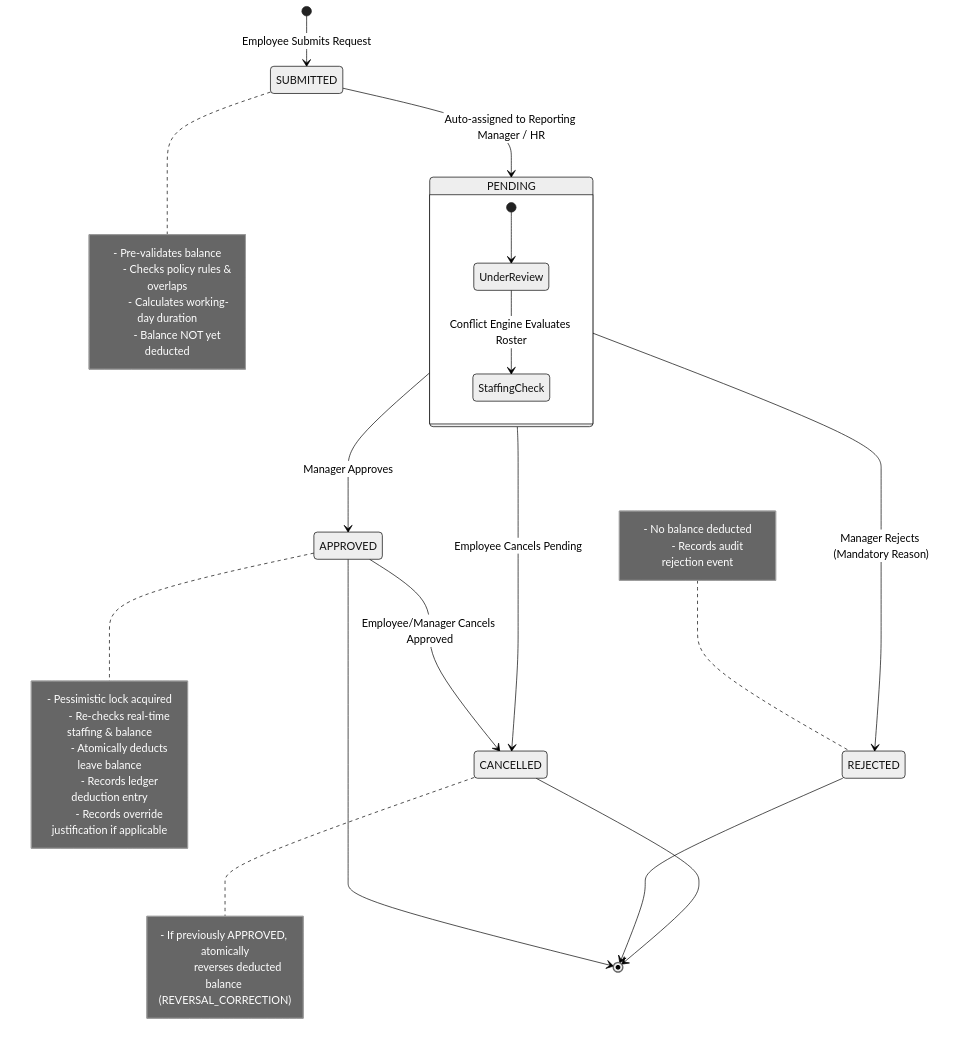
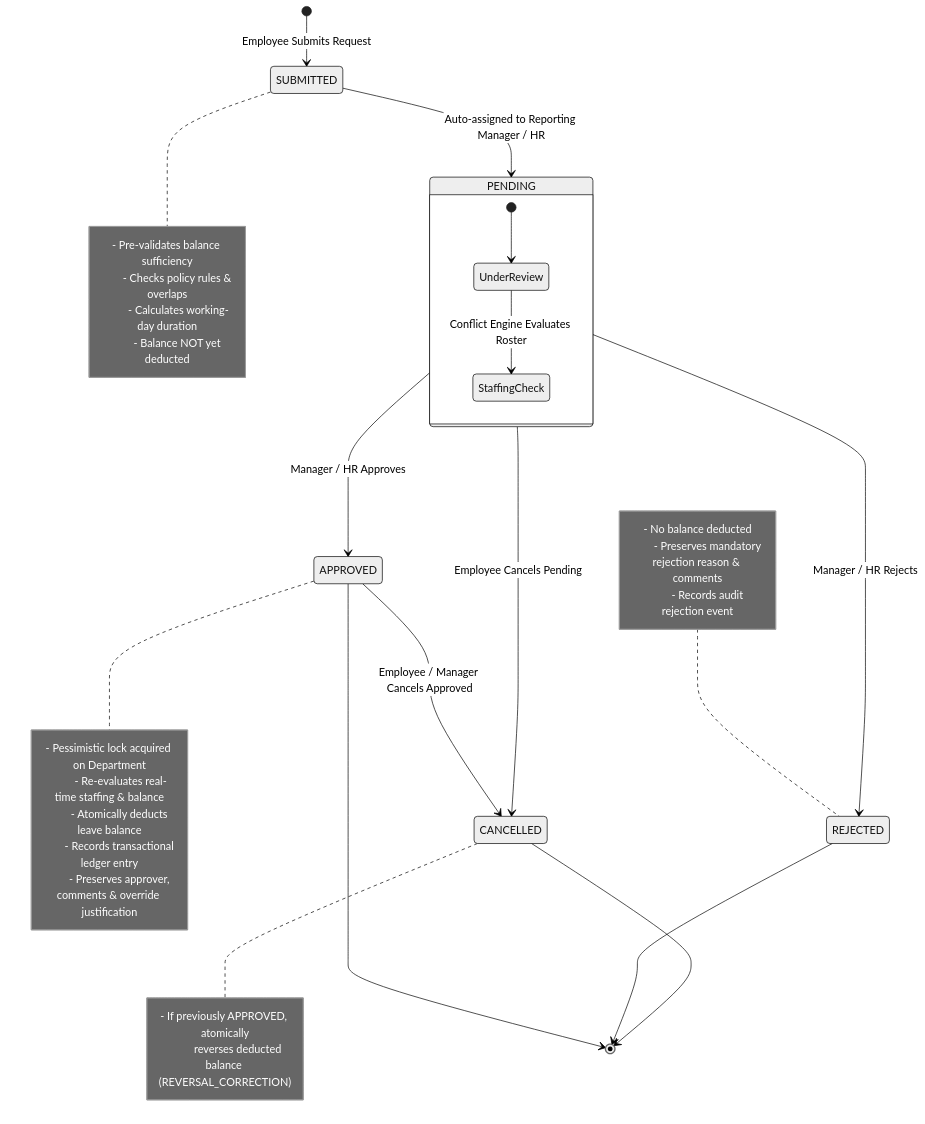
Before and after one commit to Curio-2021/employee-leave-workforce-planning: the third of 3 diagrams in README.md, drawn with Mermaid (neutral theme). The commit also changed other lines of this file, not shown here.

````diff
--- a/README.md
+++ b/README.md
@@ -221,43 +252,44 @@
 ```mermaid
 stateDiagram-v2
     [*] --> SUBMITTED : Employee Submits Request
     note right of SUBMITTED
-        - Pre-validates balance
+        - Pre-validates balance sufficiency
         - Checks policy rules & overlaps
         - Calculates working-day duration
         - Balance NOT yet deducted
     end note
 
     SUBMITTED --> PENDING : Auto-assigned to Reporting Manager / HR
 
     state PENDING {
         [*] --> UnderReview
         UnderReview --> StaffingCheck : Conflict Engine Evaluates Roster
     }
 
-    PENDING --> APPROVED : Manager Approves
+    PENDING --> APPROVED : Manager / HR Approves
     note right of APPROVED
-        - Pessimistic lock acquired
-        - Re-checks real-time staffing & balance
+        - Pessimistic lock acquired on Department
+        - Re-evaluates real-time staffing & balance
         - Atomically deducts leave balance
-        - Records ledger deduction entry
-        - Records override justification if applicable
+        - Records transactional ledger entry
+        - Preserves approver, comments & override justification
     end note
 
-    PENDING --> REJECTED : Manager Rejects (Mandatory Reason)
+    PENDING --> REJECTED : Manager / HR Rejects
     note left of REJECTED
         - No balance deducted
+        - Preserves mandatory rejection reason & comments
         - Records audit rejection event
     end note
 
     PENDING --> CANCELLED : Employee Cancels Pending
-    APPROVED --> CANCELLED : Employee/Manager Cancels Approved
+    APPROVED --> CANCELLED : Employee / Manager Cancels Approved
     note right of CANCELLED
         - If previously APPROVED, atomically
           reverses deducted balance (REVERSAL_CORRECTION)
     end note
 
     APPROVED --> [*]
     REJECTED --> [*]
     CANCELLED --> [*]
 ```
````
